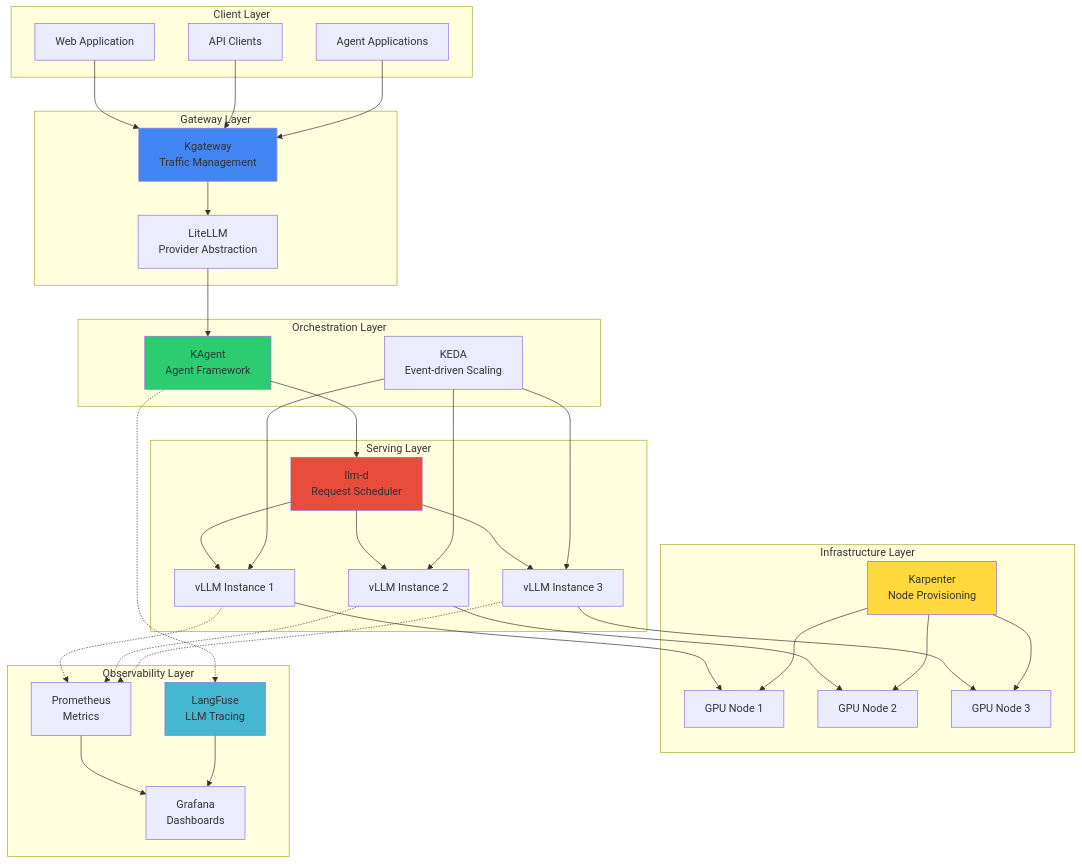
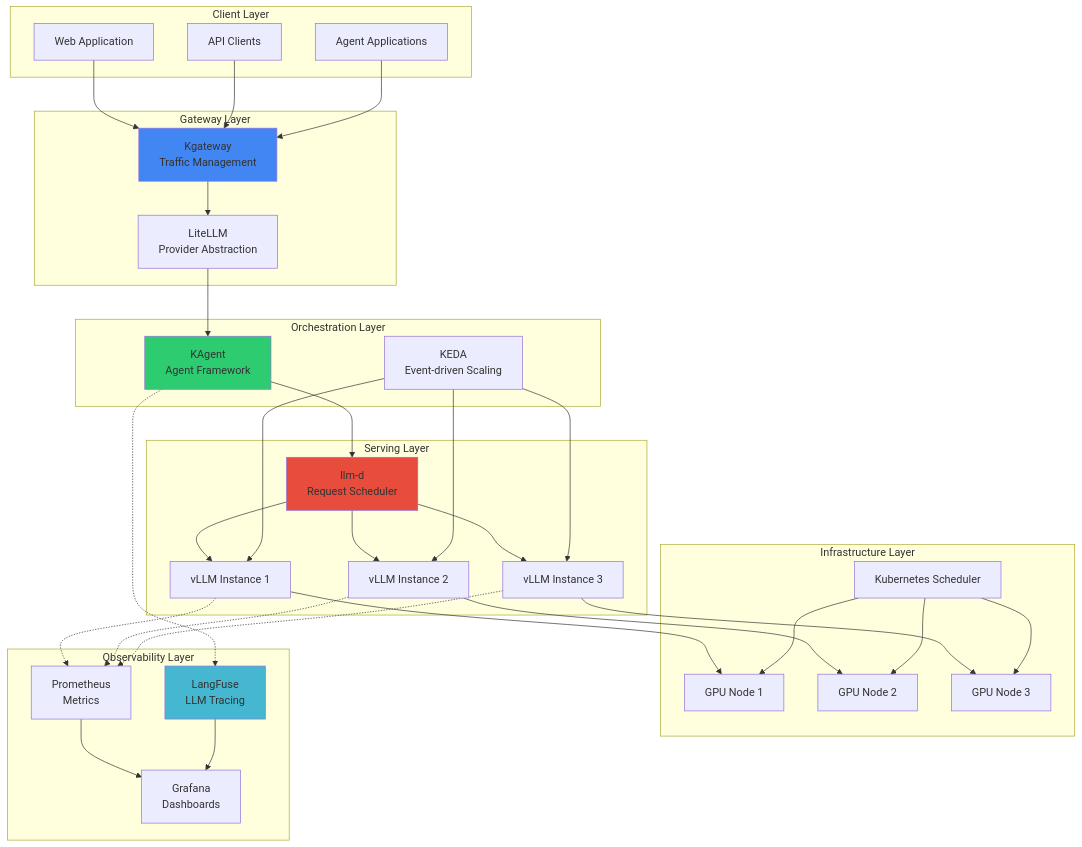
One commit to devfloor9/engineering-playbook changed the tenth of 13 diagrams in i18n/en/docusaurus-plugin-content-docs/current/agentic-ai-platform/agentic-ai-challenges.md. Above: the diagram before and after it, drawn with Mermaid. The commit also changed other lines of this file and 4 other files, not shown here.

````diff
--- a/i18n/en/docusaurus-plugin-content-docs/current/agentic-ai-platform/agentic-ai-challenges.md
+++ b/i18n/en/docusaurus-plugin-content-docs/current/agentic-ai-platform/agentic-ai-challenges.md
@@ -384,60 +444,59 @@
 ```mermaid
 graph TB
     subgraph "Client Layer"
         WEB["Web Application"]
         API["API Clients"]
         AGENT["Agent Applications"]
     end
 
     subgraph "Gateway Layer"
         KGW["Kgateway<br/>Traffic Management"]
         LITE["LiteLLM<br/>Provider Abstraction"]
     end
 
     subgraph "Orchestration Layer"
         KAGENT["KAgent<br/>Agent Framework"]
         KEDA["KEDA<br/>Event-driven Scaling"]
     end
 
     subgraph "Serving Layer"
         LLMD["llm-d<br/>Request Scheduler"]
         VLLM1["vLLM Instance 1"]
         VLLM2["vLLM Instance 2"]
         VLLM3["vLLM Instance 3"]
     end
 
     subgraph "Infrastructure Layer"
-        KARP["Karpenter<br/>Node Provisioning"]
+        SCHED["Kubernetes Scheduler"]
         GPU1["GPU Node 1"]
         GPU2["GPU Node 2"]
         GPU3["GPU Node 3"]
     end
 
     subgraph "Observability Layer"
         LF["LangFuse<br/>LLM Tracing"]
         PROM["Prometheus<br/>Metrics"]
         GRAF["Grafana<br/>Dashboards"]
     end
 
     WEB & API & AGENT --> KGW
     KGW --> LITE
     LITE --> KAGENT
     KAGENT --> LLMD
     LLMD --> VLLM1 & VLLM2 & VLLM3
     VLLM1 --> GPU1
     VLLM2 --> GPU2
     VLLM3 --> GPU3
-    KARP --> GPU1 & GPU2 & GPU3
+    SCHED --> GPU1 & GPU2 & GPU3
     KEDA --> VLLM1 & VLLM2 & VLLM3
 
     KAGENT -.-> LF
     VLLM1 & VLLM2 & VLLM3 -.-> PROM
     PROM --> GRAF
     LF --> GRAF
 
     style KGW fill:#4286f4
     style KAGENT fill:#2ecc71
-    style KARP fill:#ffd93d
     style LF fill:#45b7d1
     style LLMD fill:#e74c3c
 ```
````
